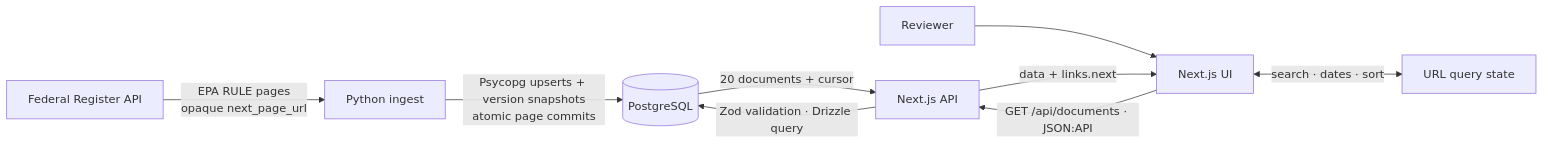
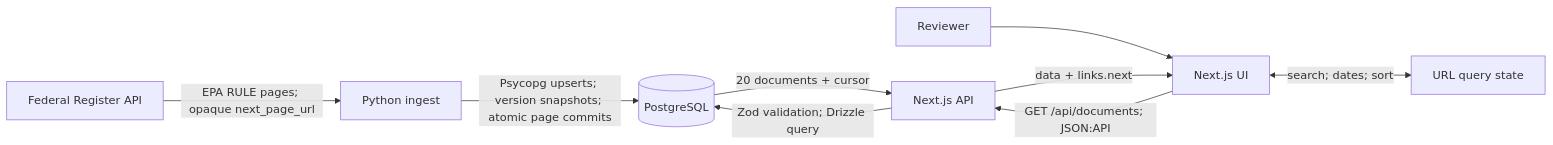
One commit to steekam/maiven-takehome changed the first of 2 diagrams in README.md. Above: the diagram before and after it, drawn with Mermaid. The commit also changed other lines of this file and 6 other files, not shown here.

````diff
--- a/README.md
+++ b/README.md
@@ -92,11 +214,11 @@
 ```mermaid
 flowchart LR
-  FR["Federal Register API"] -->|"EPA RULE pages<br/>opaque next_page_url"| Ingest["Python ingest"]
-  Ingest -->|"Psycopg upserts + version snapshots<br/>atomic page commits"| DB[(PostgreSQL)]
-  Reviewer --> UI["Next.js UI"]
-  UI <-->|"search · dates · sort"| URL["URL query state"]
-  UI -->|"GET /api/documents · JSON:API"| API["Next.js API"]
-  API -->|"Zod validation · Drizzle query"| DB
+  FR["Federal Register API"] -->|"EPA RULE pages; opaque next_page_url"| Ingest["Python ingest"]
+  Ingest -->|"Psycopg upserts; version snapshots; atomic page commits"| DB[(PostgreSQL)]
+  Reviewer[Reviewer] --> UI["Next.js UI"]
+  UI <-->|"search; dates; sort"| URL["URL query state"]
+  UI -->|"GET /api/documents; JSON:API"| API["Next.js API"]
+  API -->|"Zod validation; Drizzle query"| DB
   DB -->|"20 documents + cursor"| API
   API -->|"data + links.next"| UI
 ```
````
